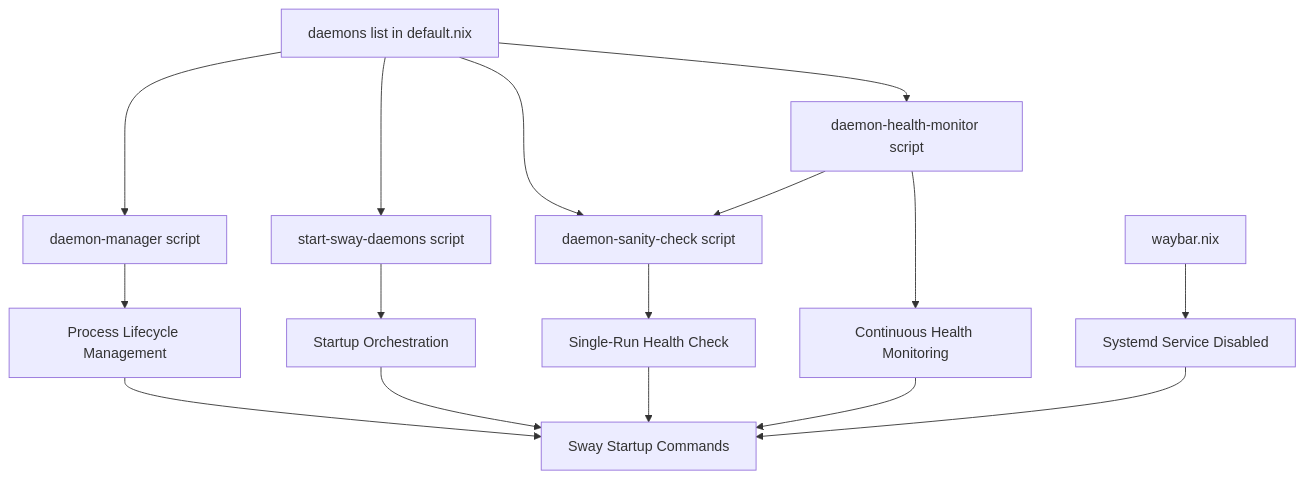
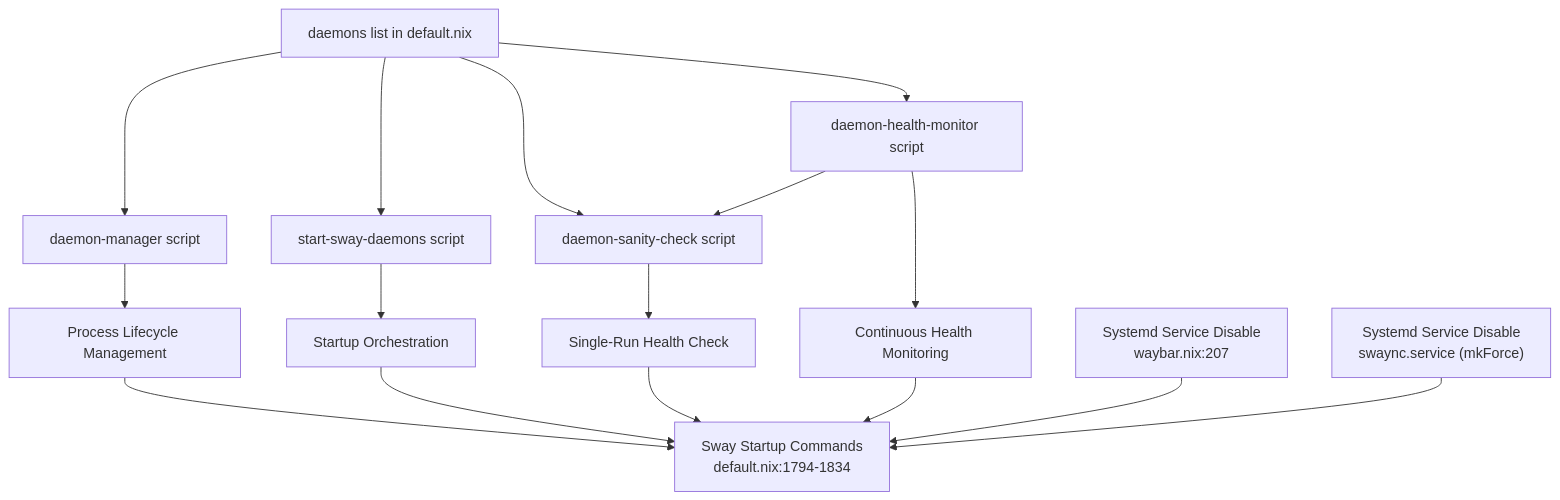
Before and after one commit to akunito/my_nixos: the diagram in docs/user-modules/sway-daemon-integration.md, drawn with Mermaid. The commit also changed other lines of this file and 3 other files, not shown here.

Commit message:
SwayFX Daemon Integration System - Complete Architecture and Workflows reviewed.

````diff
--- a/docs/user-modules/sway-daemon-integration.md
+++ b/docs/user-modules/sway-daemon-integration.md
@@ -51,18 +51,18 @@
 ```mermaid
 graph TD
     A[daemons list in default.nix] --> B[daemon-manager script]
     A --> C[start-sway-daemons script]
     A --> D[daemon-sanity-check script]
     A --> E[daemon-health-monitor script]
     B --> F[Process Lifecycle Management]
     C --> G[Startup Orchestration]
     D --> H[Single-Run Health Check]
     E --> I[Continuous Health Monitoring]
-    F --> J[Sway Startup Commands]
+    F --> J["Sway Startup Commands<br/>default.nix:1794-1834"]
     G --> J
     H --> J
     I --> J
-    K[waybar.nix] --> L[Systemd Service Disabled]
-    L --> J
+    K["Systemd Service Disable<br/>waybar.nix:207"] --> J
+    L["Systemd Service Disable<br/>swaync.service (mkForce)"] --> J
     E --> D
 ```
````
